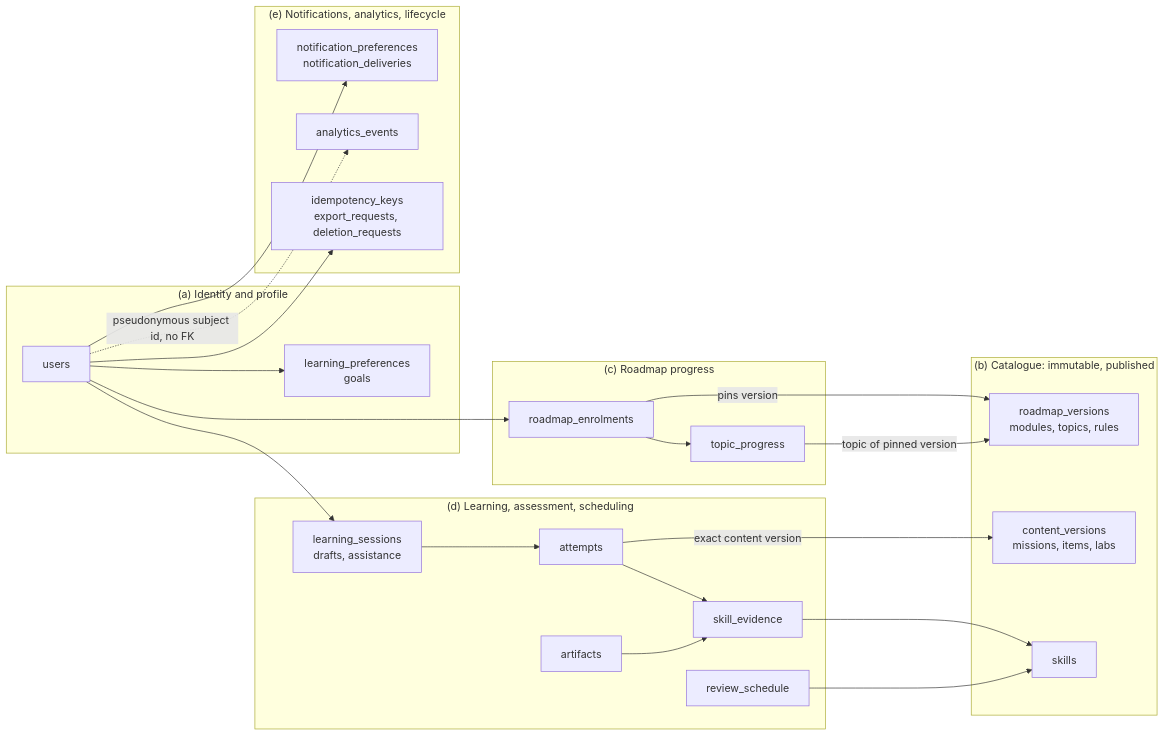
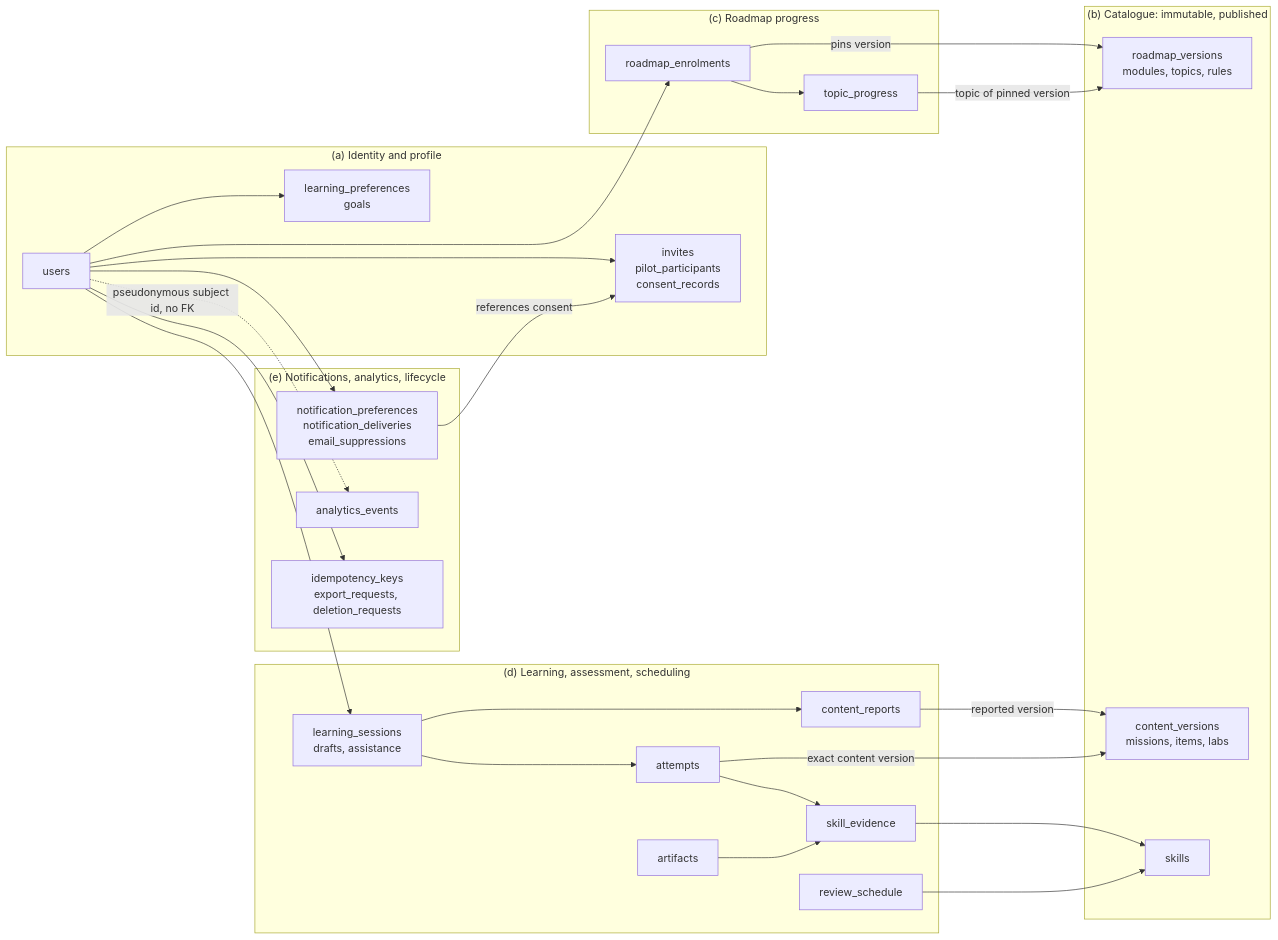
The first of 7 diagrams in devstep/docs/04-data-model.md (GhanshyamSoni68/app_idea), drawn with Mermaid before and after one commit. The commit also changed other lines of this file and 8 other files, not shown here.

````diff
--- a/devstep/docs/04-data-model.md
+++ b/devstep/docs/04-data-model.md
@@ -65,43 +68,49 @@
 ```mermaid
 flowchart LR
     subgraph A["(a) Identity and profile"]
         U["users"]
         PR["learning_preferences<br/>goals"]
+        IN["invites<br/>pilot_participants<br/>consent_records"]
     end
     subgraph B["(b) Catalogue: immutable, published"]
         RV["roadmap_versions<br/>modules, topics, rules"]
         CV["content_versions<br/>missions, items, labs"]
         SK["skills"]
     end
     subgraph C["(c) Roadmap progress"]
         EN["roadmap_enrolments"]
         TP["topic_progress"]
     end
     subgraph D["(d) Learning, assessment, scheduling"]
         LS["learning_sessions<br/>drafts, assistance"]
         AT["attempts"]
         EV["skill_evidence"]
         RS["review_schedule"]
         AR["artifacts"]
+        CR["content_reports"]
     end
     subgraph E["(e) Notifications, analytics, lifecycle"]
-        NT["notification_preferences<br/>notification_deliveries"]
+        NT["notification_preferences<br/>notification_deliveries<br/>email_suppressions"]
         AE["analytics_events"]
         LC["idempotency_keys<br/>export_requests, deletion_requests"]
     end
     U --> PR
+    U --> IN
+    LS --> CR
+    CR -->|"reported version"| CV
     U --> EN
     EN -->|"pins version"| RV
     EN --> TP
     TP -->|"topic of pinned version"| RV
     U --> LS
     LS --> AT
     AT -->|"exact content version"| CV
     AT --> EV
     AR --> EV
     EV --> SK
     RS --> SK
     U --> NT
+    NT -->|"references consent"| IN
     U --> LC
     U -.->|"pseudonymous subject id, no FK"| AE
 ```
````
